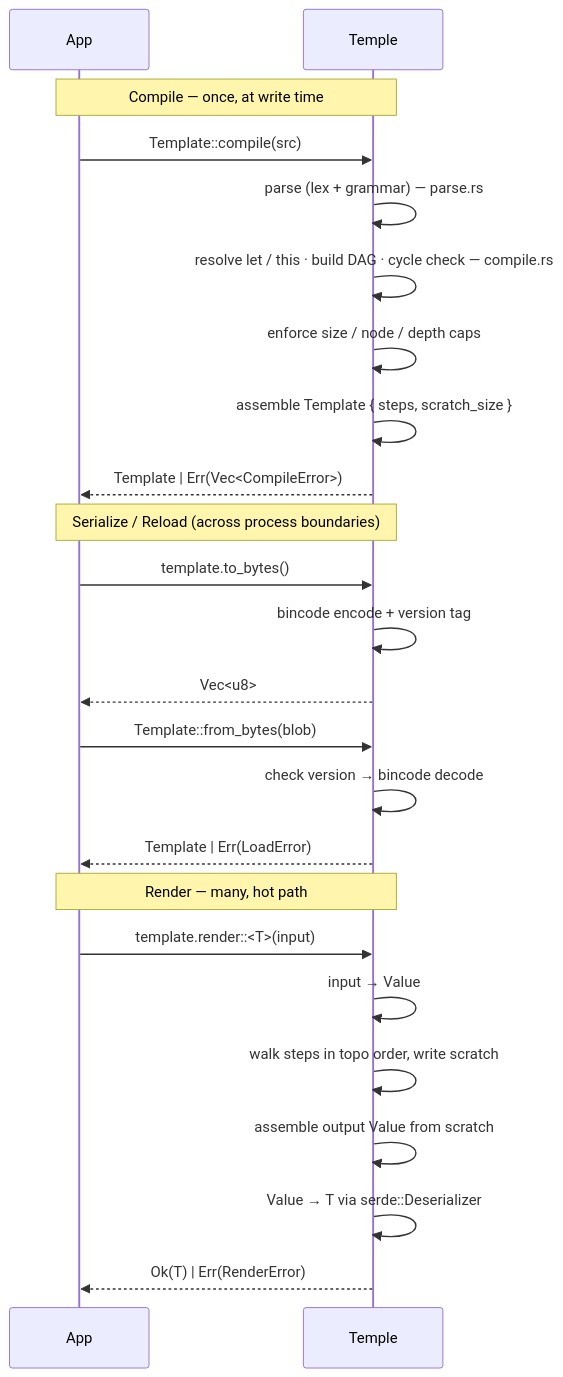
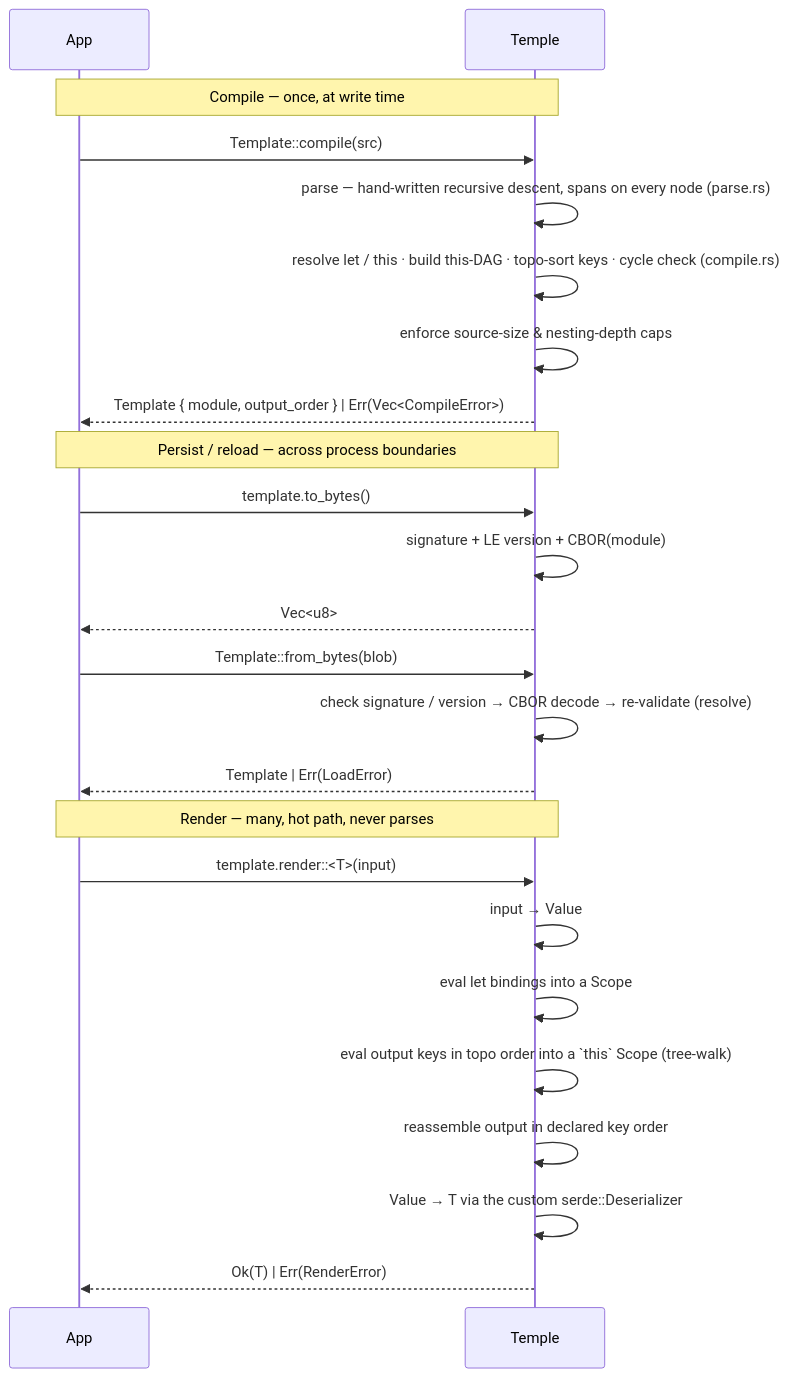
The diagram in IMPLEMENTATION.md (sinha-sahil/temple-dsl), drawn with Mermaid before and after one commit. The commit also changed other lines of this file and 29 other files, not shown here.

````diff
--- a/IMPLEMENTATION.md
+++ b/IMPLEMENTATION.md
@@ -45,29 +74,29 @@
 ```mermaid
 sequenceDiagram
     participant App
     participant Temple
 
     Note over App,Temple: Compile — once, at write time
     App->>Temple: Template::compile(src)
-    Temple->>Temple: parse (lex + grammar) — parse.rs
-    Temple->>Temple: resolve let / this · build DAG · cycle check — compile.rs
-    Temple->>Temple: enforce size / node / depth caps
-    Temple->>Temple: assemble Template { steps, scratch_size }
-    Temple-->>App: Template  |  Err(Vec<CompileError>)
+    Temple->>Temple: parse — hand-written recursive descent, spans on every node (parse.rs)
+    Temple->>Temple: resolve let / this · build this-DAG · topo-sort keys · cycle check (compile.rs)
+    Temple->>Temple: enforce source-size & nesting-depth caps
+    Temple-->>App: Template { module, output_order }  |  Err(Vec<CompileError>)
 
-    Note over App,Temple: Serialize / Reload (across process boundaries)
+    Note over App,Temple: Persist / reload — across process boundaries
     App->>Temple: template.to_bytes()
-    Temple->>Temple: bincode encode + version tag
+    Temple->>Temple: signature + LE version + CBOR(module)
     Temple-->>App: Vec<u8>
     App->>Temple: Template::from_bytes(blob)
-    Temple->>Temple: check version → bincode decode
+    Temple->>Temple: check signature / version → CBOR decode → re-validate (resolve)
     Temple-->>App: Template  |  Err(LoadError)
 
-    Note over App,Temple: Render — many, hot path
+    Note over App,Temple: Render — many, hot path, never parses
     App->>Temple: template.render::<T>(input)
     Temple->>Temple: input → Value
-    Temple->>Temple: walk steps in topo order, write scratch
-    Temple->>Temple: assemble output Value from scratch
-    Temple->>Temple: Value → T via serde::Deserializer
+    Temple->>Temple: eval let bindings into a Scope
+    Temple->>Temple: eval output keys in topo order into a `this` Scope (tree-walk)
+    Temple->>Temple: reassemble output in declared key order
+    Temple->>Temple: Value → T via the custom serde::Deserializer
     Temple-->>App: Ok(T)  |  Err(RenderError)
 ```
````
